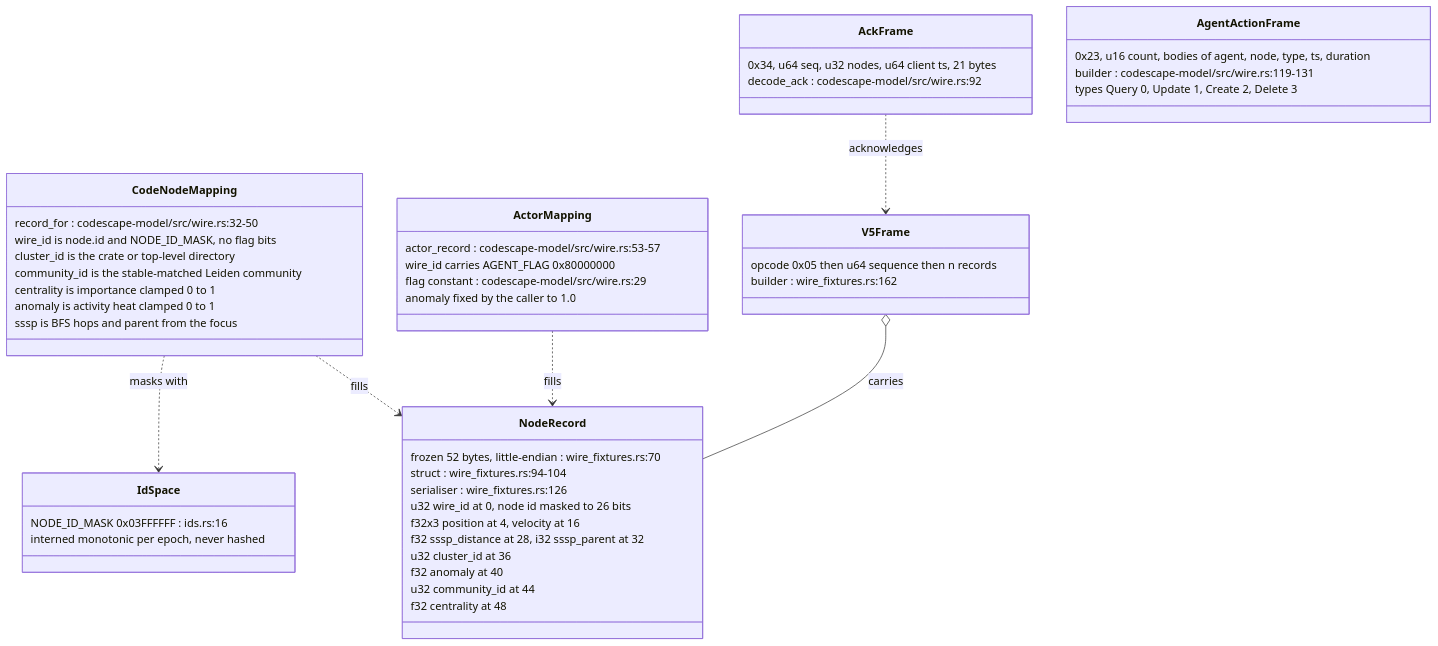
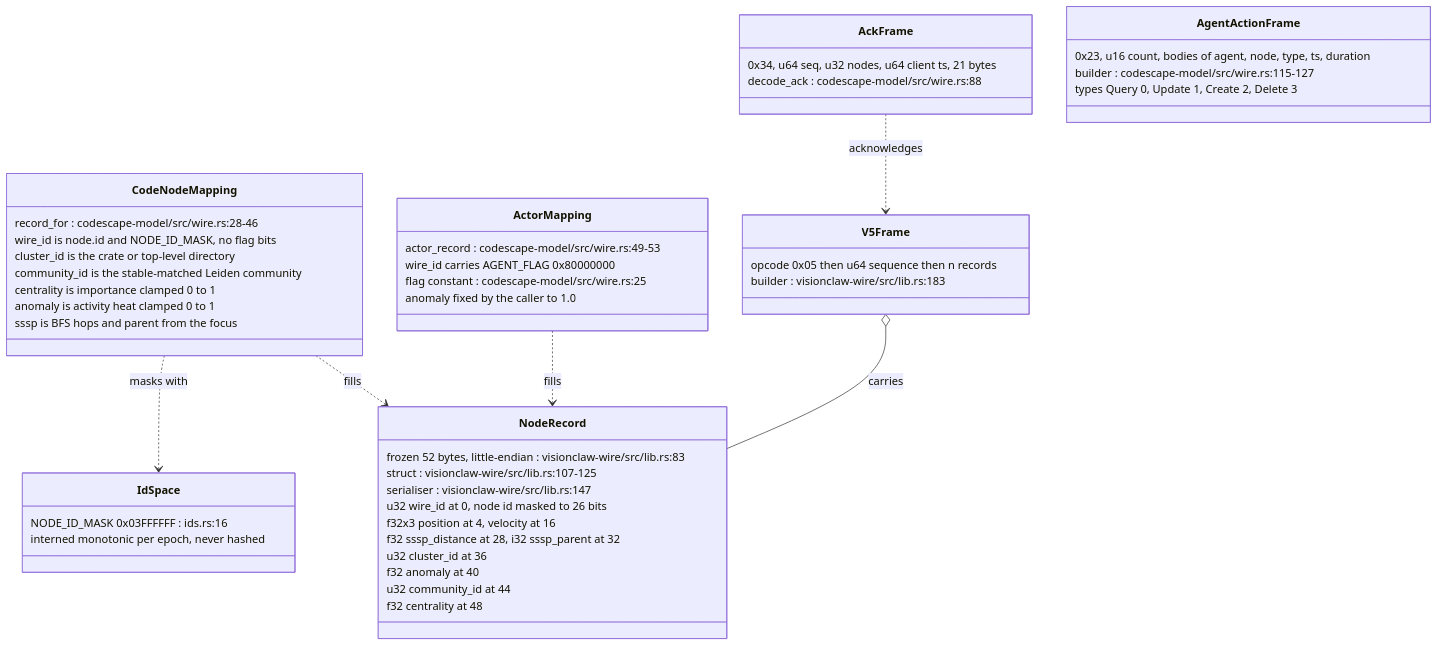
The fourth of 7 diagrams in docs/diagrams/visionclaw/39-codescape.md (DreamLab-AI/VisionFlow), drawn with Mermaid before and after one commit. The commit also changed other lines of this file and 160 other files, not shown here.

````diff
--- a/docs/diagrams/visionclaw/39-codescape.md
+++ b/docs/diagrams/visionclaw/39-codescape.md
@@ -178,52 +184,52 @@
 ```mermaid
 classDiagram
     class NodeRecord {
-        frozen 52 bytes, little-endian : wire_fixtures.rs:70
-        struct : wire_fixtures.rs:94-104
-        serialiser : wire_fixtures.rs:126
+        frozen 52 bytes, little-endian : visionclaw-wire/src/lib.rs:83
+        struct : visionclaw-wire/src/lib.rs:107-125
+        serialiser : visionclaw-wire/src/lib.rs:147
         u32 wire_id at 0, node id masked to 26 bits
         f32x3 position at 4, velocity at 16
         f32 sssp_distance at 28, i32 sssp_parent at 32
         u32 cluster_id at 36
         f32 anomaly at 40
         u32 community_id at 44
         f32 centrality at 48
     }
     class CodeNodeMapping {
-        record_for : codescape-model/src/wire.rs:32-50
+        record_for : codescape-model/src/wire.rs:28-46
         wire_id is node.id and NODE_ID_MASK, no flag bits
         cluster_id is the crate or top-level directory
         community_id is the stable-matched Leiden community
         centrality is importance clamped 0 to 1
         anomaly is activity heat clamped 0 to 1
         sssp is BFS hops and parent from the focus
     }
     class ActorMapping {
-        actor_record : codescape-model/src/wire.rs:53-57
+        actor_record : codescape-model/src/wire.rs:49-53
         wire_id carries AGENT_FLAG 0x80000000
-        flag constant : codescape-model/src/wire.rs:29
+        flag constant : codescape-model/src/wire.rs:25
         anomaly fixed by the caller to 1.0
     }
     class IdSpace {
         NODE_ID_MASK 0x03FFFFFF : ids.rs:16
         interned monotonic per epoch, never hashed
     }
     class V5Frame {
         opcode 0x05 then u64 sequence then n records
-        builder : wire_fixtures.rs:162
+        builder : visionclaw-wire/src/lib.rs:183
     }
     class AckFrame {
         0x34, u64 seq, u32 nodes, u64 client ts, 21 bytes
-        decode_ack : codescape-model/src/wire.rs:92
+        decode_ack : codescape-model/src/wire.rs:88
     }
     class AgentActionFrame {
         0x23, u16 count, bodies of agent, node, type, ts, duration
-        builder : codescape-model/src/wire.rs:119-131
+        builder : codescape-model/src/wire.rs:115-127
         types Query 0, Update 1, Create 2, Delete 3
     }
     CodeNodeMapping ..> NodeRecord : fills
     ActorMapping ..> NodeRecord : fills
     CodeNodeMapping ..> IdSpace : masks with
     V5Frame o-- NodeRecord : carries
     AckFrame ..> V5Frame : acknowledges
 ```
````
